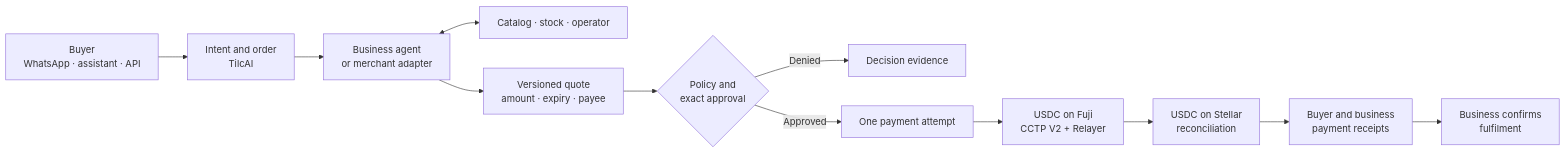
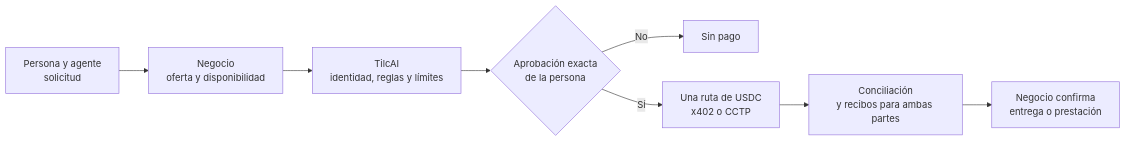
One commit to TilcAI/.github changed the diagram in profile/README.md. Above: the diagram before and after it, drawn with Mermaid. The commit also changed other lines of this file and 1 other file, not shown here.

````diff
--- a/profile/README.md
+++ b/profile/README.md
@@ -36,14 +41,10 @@
 ```mermaid
 flowchart LR
-    U[Buyer<br/>WhatsApp · assistant · API] --> I[Intent and order<br/>TilcAI]
-    I --> M[Business agent<br/>or merchant adapter]
-    M <--> C[Catalog · stock · operator]
-    M --> Q[Versioned quote<br/>amount · expiry · payee]
-    Q --> A{Policy and<br/>exact approval}
-    A -->|Denied| E[Decision evidence]
-    A -->|Approved| P[One payment attempt]
-    P --> X[USDC on Fuji<br/>CCTP V2 + Relayer]
-    X --> S[USDC on Stellar<br/>reconciliation]
-    S --> R[Buyer and business<br/>payment receipts]
-    R --> F[Business confirms<br/>fulfilment]
+    A[Persona y agente<br/>solicitud] --> B[Negocio<br/>oferta y disponibilidad]
+    B --> C[TilcAI<br/>identidad, reglas y límites]
+    C --> D{Aprobación exacta<br/>de la persona}
+    D -->|No| X[Sin pago]
+    D -->|Sí| E[Una ruta de USDC<br/>x402 o CCTP]
+    E --> F[Conciliación<br/>y recibos para ambas partes]
+    F --> G[Negocio confirma<br/>entrega o prestación]
 ```
````
